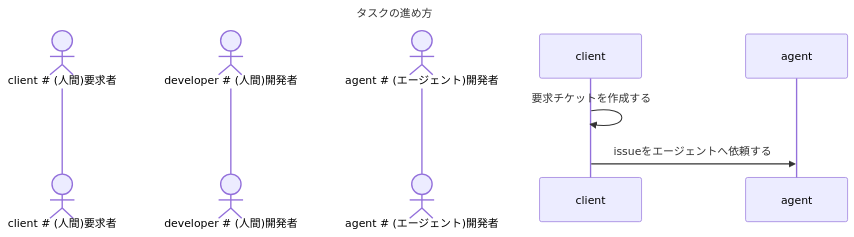
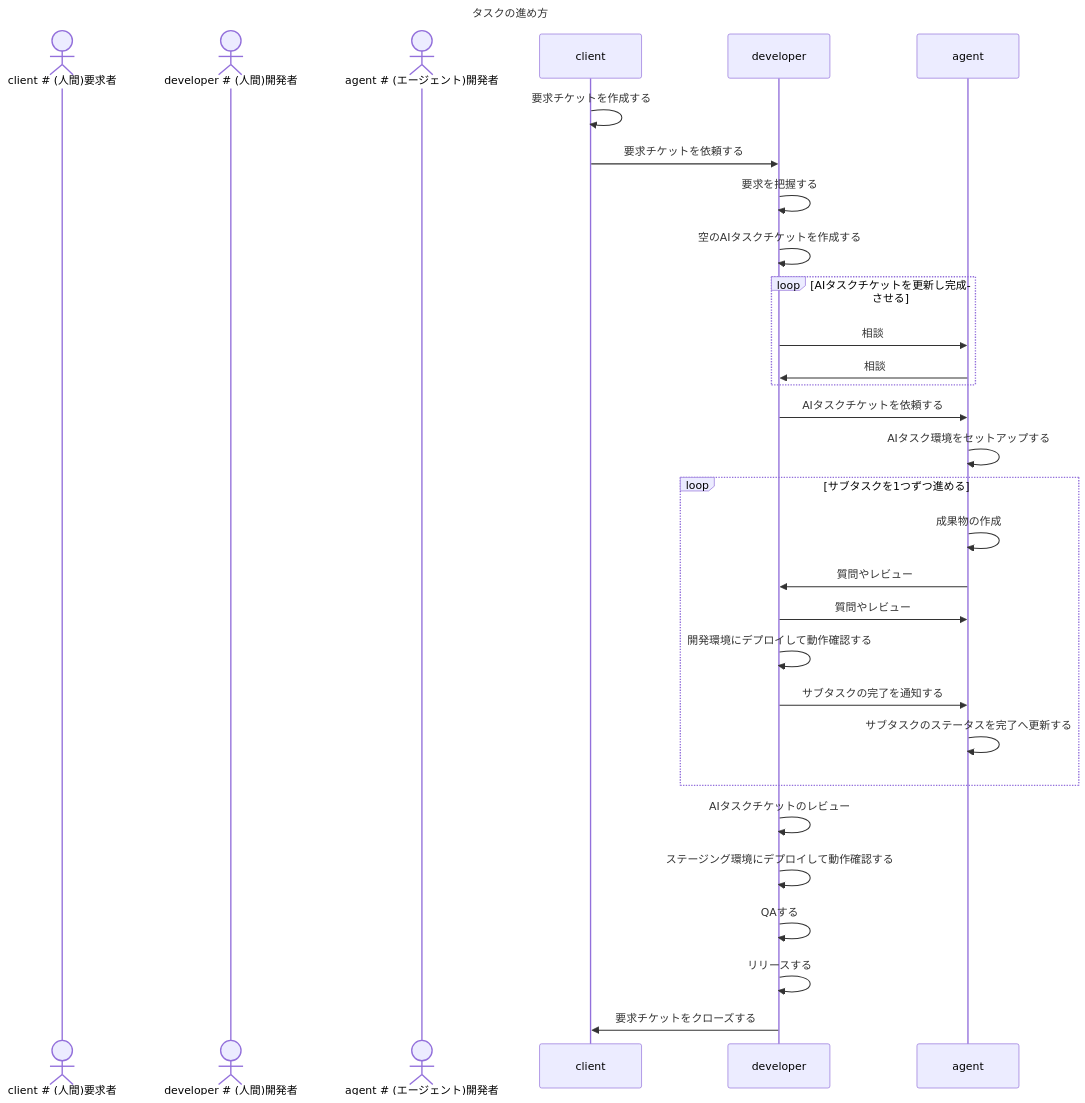
The diagram in AGENTS.md (suzuito/playground2-go), drawn with Mermaid before and after one commit. The commit also changed other lines of this file, not shown here.

````diff
--- a/AGENTS.md
+++ b/AGENTS.md
@@ -67,12 +78,35 @@
 ```mermaid
 ---
 title: タスクの進め方
 ---
 sequenceDiagram
- actor client # (人間)要求者
- actor developer # (人間)開発者
- actor agent # (エージェント)開発者
+  actor client # (人間)要求者
+  actor developer # (人間)開発者
+  actor agent # (エージェント)開発者
 
- client->>client: 要求チケットを作成する
- client->>agent: issueをエージェントへ依頼する
+  client->>client: 要求チケットを作成する
+  client->>developer: 要求チケットを依頼する
+  developer->>developer: 要求を把握する
+  developer->>developer: 空のAIタスクチケットを作成する
+  loop AIタスクチケットを更新し完成させる
+    developer->>agent: 相談
+    agent->>developer: 相談
+  end
+
+  developer->>agent: AIタスクチケットを依頼する
+  agent->>agent: AIタスク環境をセットアップする
+  loop サブタスクを1つずつ進める
+    agent->>agent: 成果物の作成
+    agent->>developer: 質問やレビュー
+    developer->>agent: 質問やレビュー
+    developer->>developer: 開発環境にデプロイして動作確認する
+    developer->>agent: サブタスクの完了を通知する
+    agent->>agent: サブタスクのステータスを完了へ更新する
+  end
+
+  developer->>developer: AIタスクチケットのレビュー
+  developer->>developer: ステージング環境にデプロイして動作確認する
+  developer->>developer: QAする
+  developer->>developer: リリースする
+  developer->>client: 要求チケットをクローズする
 ```
````
